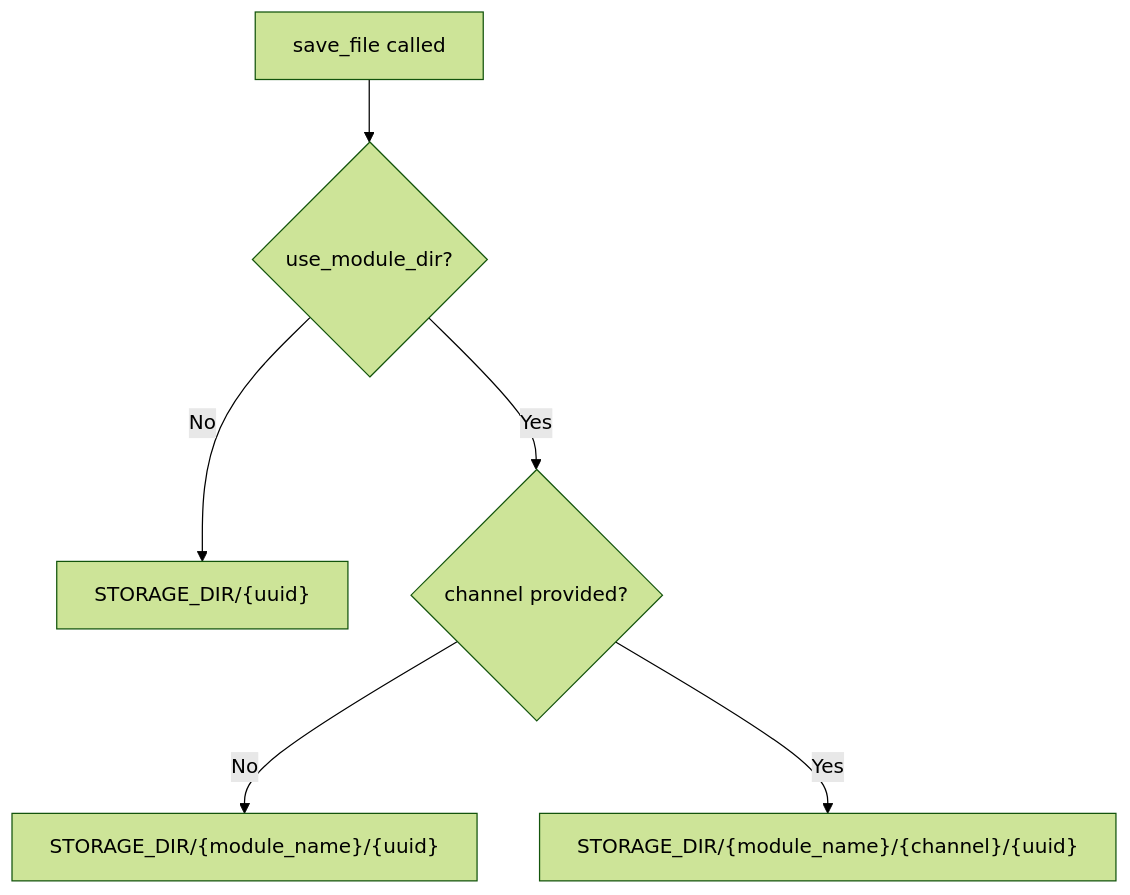
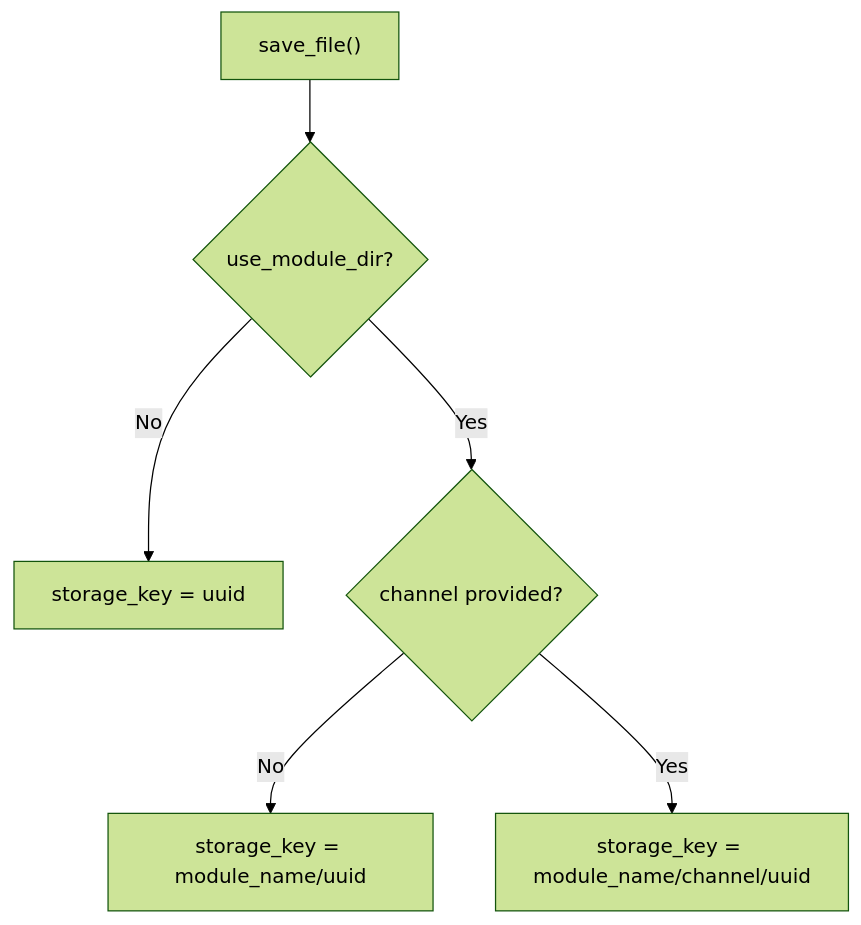
The third of 3 diagrams in chacc-docs/docs/official-modules/file-manager.md (TNet-Tech/chacc-api), drawn with Mermaid (forest theme) before and after one commit. The commit also changed other lines of this file, not shown here.

````diff
--- a/chacc-docs/docs/official-modules/file-manager.md
+++ b/chacc-docs/docs/official-modules/file-manager.md
@@ -121,8 +258,8 @@
 ```mermaid
-flowchart TD
-    A["save_file called"] --> B{"use_module_dir?"}
-    B -->|No| C["STORAGE_DIR/{uuid}"]
+flowchart TB
+    A["save_file()"] --> B{"use_module_dir?"}
+    B -->|No| C["storage_key = uuid"]
     B -->|Yes| D{"channel provided?"}
-    D -->|No| E["STORAGE_DIR/{module_name}/{uuid}"]
-    D -->|Yes| F["STORAGE_DIR/{module_name}/{channel}/{uuid}"]
+    D -->|No| E["storage_key = module_name/uuid"]
+    D -->|Yes| F["storage_key = module_name/channel/uuid"]
 ```
````
